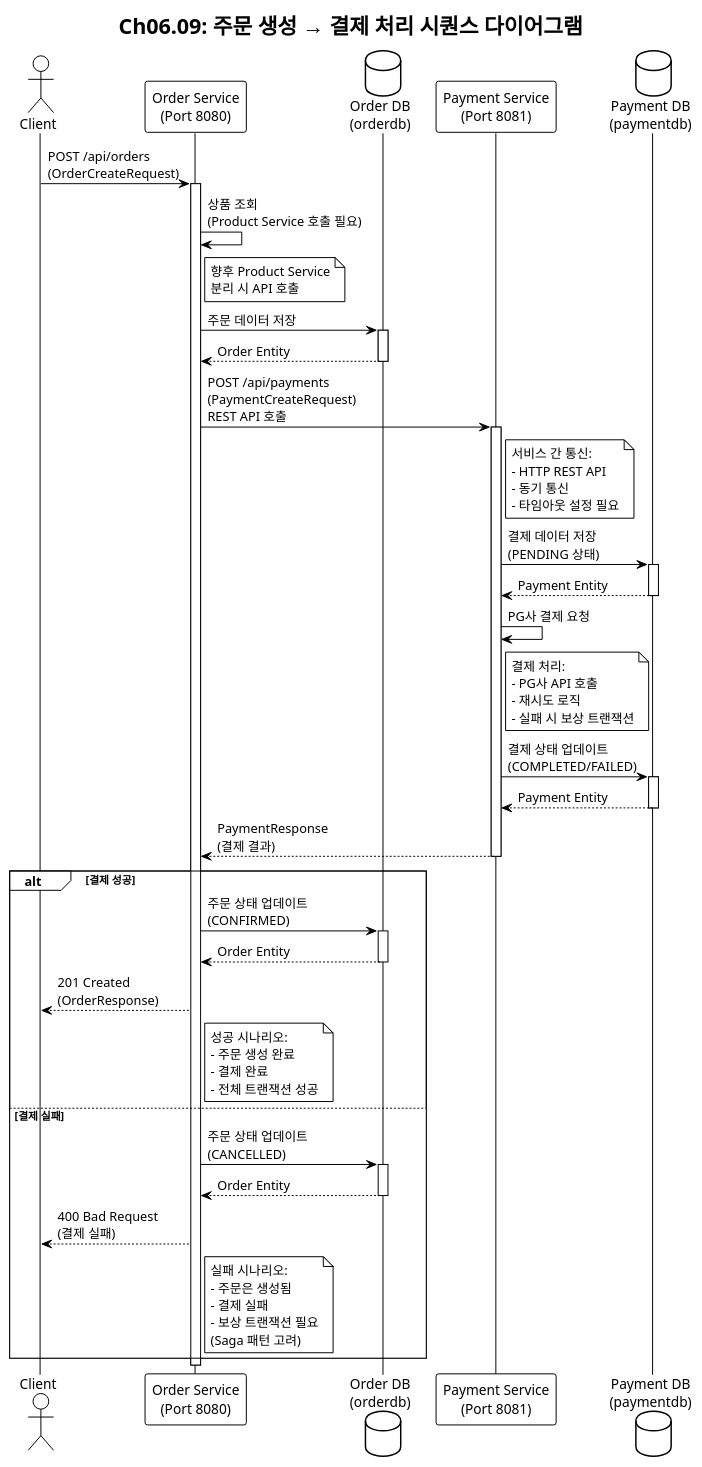
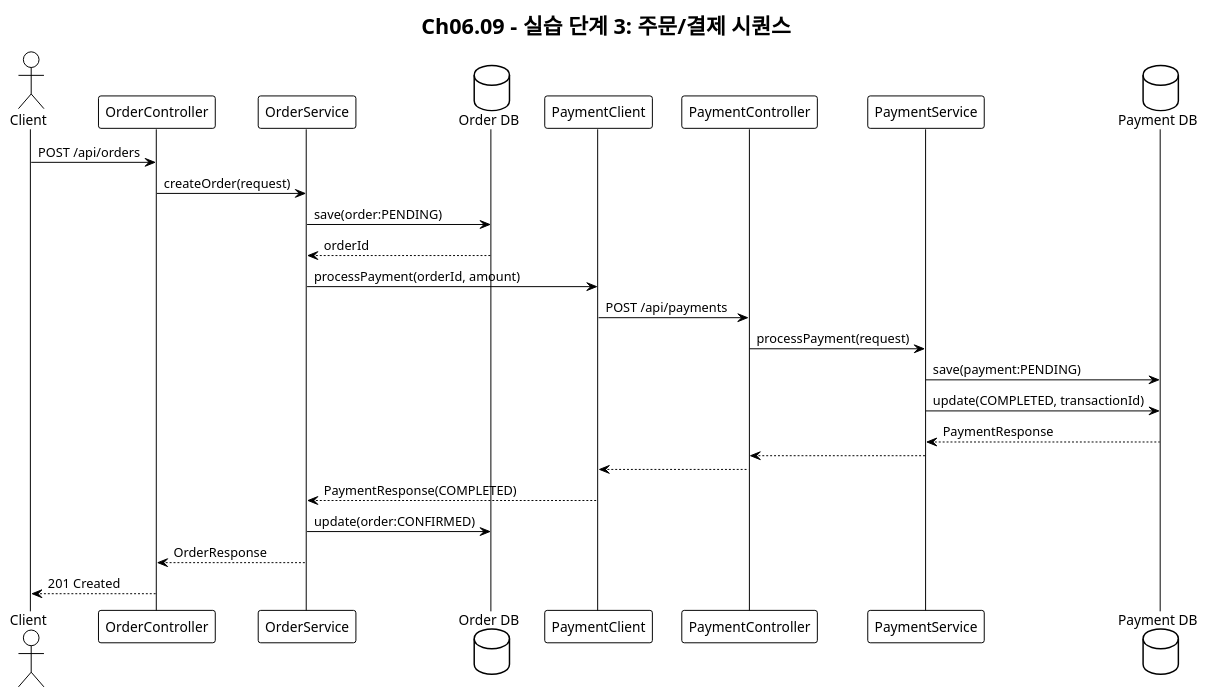
One commit to ccommit-dev/monolith-to-msa changed the second of 3 diagrams in docs/issue9.puml. Above: the diagram before and after it, drawn with PlantUML. The commit also changed other lines of this file and 49 other files, not shown here.

Commit message:
issue9 msa order, payment service 분리 및 db 분리 - docker-compose-msa.yml 로 app 각각 로드 동작 테스트

```diff
--- a/docs/issue9.puml
+++ b/docs/issue9.puml
@@ -66,89 +37,35 @@
 @startuml
 !theme plain
 skinparam backgroundColor #FFFFFF
+skinparam shadowing false
 
-title Ch06.09: 주문 생성 → 결제 처리 시퀀스 다이어그램
+title Ch06.09 - 실습 단계 3: 주문/결제 시퀀스
 
 actor Client
-participant "Order Service\n(Port 8080)" as OrderService
-database "Order DB\n(orderdb)" as OrderDB
-participant "Payment Service\n(Port 8081)" as PaymentService
-database "Payment DB\n(paymentdb)" as PaymentDB
+participant "OrderController" as OC
+participant "OrderService" as OS
+database "Order DB" as ODB
+participant "PaymentClient" as PC
+participant "PaymentController" as PayC
+participant "PaymentService" as PayS
+database "Payment DB" as PDB
 
-Client -> OrderService: POST /api/orders\n(OrderCreateRequest)
-activate OrderService
+Client -> OC : POST /api/orders
+OC -> OS : createOrder(request)
+OS -> ODB : save(order:PENDING)
+ODB --> OS : orderId
 
-OrderService -> OrderService: 상품 조회\n(Product Service 호출 필요)
-note right of OrderService
-    향후 Product Service
-    분리 시 API 호출
-end note
+OS -> PC : processPayment(orderId, amount)
+PC -> PayC : POST /api/payments
+PayC -> PayS : processPayment(request)
+PayS -> PDB : save(payment:PENDING)
+PayS -> PDB : update(COMPLETED, transactionId)
+PDB --> PayS : PaymentResponse
+PayS --> PayC
+PayC --> PC
+PC --> OS : PaymentResponse(COMPLETED)
 
-OrderService -> OrderDB: 주문 데이터 저장
-activate OrderDB
-OrderDB --> OrderService: Order Entity
-deactivate OrderDB
-
-OrderService -> PaymentService: POST /api/payments\n(PaymentCreateRequest)\nREST API 호출
-activate PaymentService
-
-note right of PaymentService
-    서비스 간 통신:
-    - HTTP REST API
-    - 동기 통신
-    - 타임아웃 설정 필요
-end note
-
-PaymentService -> PaymentDB: 결제 데이터 저장\n(PENDING 상태)
-activate PaymentDB
-PaymentDB --> PaymentService: Payment Entity
-deactivate PaymentDB
-
-PaymentService -> PaymentService: PG사 결제 요청
-note right of PaymentService
-    결제 처리:
-    - PG사 API 호출
-    - 재시도 로직
-    - 실패 시 보상 트랜잭션
-end note
-
-PaymentService -> PaymentDB: 결제 상태 업데이트\n(COMPLETED/FAILED)
-activate PaymentDB
-PaymentDB --> PaymentService: Payment Entity
-deactivate PaymentDB
-
-PaymentService --> OrderService: PaymentResponse\n(결제 결과)
-deactivate PaymentService
-
-alt 결제 성공
-    OrderService -> OrderDB: 주문 상태 업데이트\n(CONFIRMED)
-    activate OrderDB
-    OrderDB --> OrderService: Order Entity
-    deactivate OrderDB
-    
-    OrderService --> Client: 201 Created\n(OrderResponse)
-    note right of OrderService
-        성공 시나리오:
-        - 주문 생성 완료
-        - 결제 완료
-        - 전체 트랜잭션 성공
-    end note
-else 결제 실패
-    OrderService -> OrderDB: 주문 상태 업데이트\n(CANCELLED)
-    activate OrderDB
-    OrderDB --> OrderService: Order Entity
-    deactivate OrderDB
-    
-    OrderService --> Client: 400 Bad Request\n(결제 실패)
-    note right of OrderService
-        실패 시나리오:
-        - 주문은 생성됨
-        - 결제 실패
-        - 보상 트랜잭션 필요
-        (Saga 패턴 고려)
-    end note
-end
-
-deactivate OrderService
-
+OS -> ODB : update(order:CONFIRMED)
+OS --> OC : OrderResponse
+OC --> Client : 201 Created
 @enduml
```
